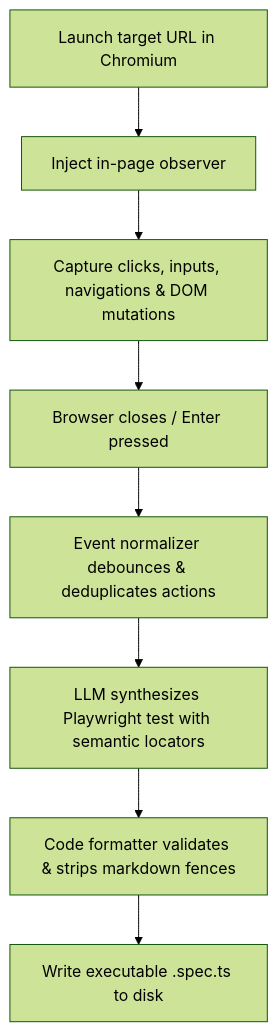
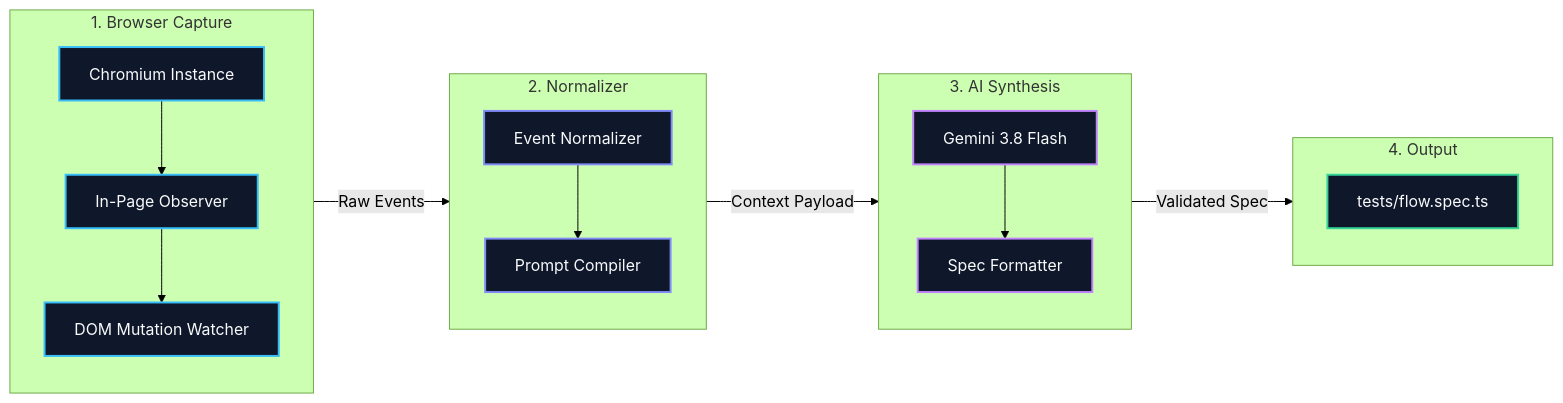
The diagram in README.md (fiizam/clickspec), drawn with Mermaid (forest theme) before and after one commit.

Commit message:
docs: redesign How It Works diagram into modern horizontal multi-stage flowchart

````diff
--- a/README.md
+++ b/README.md
@@ -151,10 +151,37 @@
 ```mermaid
-flowchart TD
-    A["Launch target URL in Chromium"] --> B["Inject in-page observer"]
-    B --> C["Capture clicks, inputs, navigations & DOM mutations"]
-    C --> D["Browser closes / Enter pressed"]
-    D --> E["Event normalizer debounces & deduplicates actions"]
-    E --> F["LLM synthesizes Playwright test with semantic locators"]
-    F --> G["Code formatter validates & strips markdown fences"]
-    G --> H["Write executable .spec.ts to disk"]
+flowchart LR
+    subgraph S1 ["1. Browser Capture"]
+        direction TB
+        A["Chromium Instance"] --> B["In-Page Observer"]
+        B --> C["DOM Mutation Watcher"]
+    end
+
+    subgraph S2 ["2. Normalizer"]
+        direction TB
+        D["Event Normalizer"] --> E["Prompt Compiler"]
+    end
+
+    subgraph S3 ["3. AI Synthesis"]
+        direction TB
+        F["Gemini 3.8 Flash"] --> G["Spec Formatter"]
+    end
+
+    subgraph S4 ["4. Output"]
+        direction TB
+        H["tests/flow.spec.ts"]
+    end
+
+    C -->|"Raw Events"| D
+    E -->|"Context Payload"| F
+    G -->|"Validated Spec"| H
+
+    classDef s1 fill:#0f172a,stroke:#38bdf8,stroke-width:2px,color:#f8fafc;
+    classDef s2 fill:#0f172a,stroke:#818cf8,stroke-width:2px,color:#f8fafc;
+    classDef s3 fill:#0f172a,stroke:#c084fc,stroke-width:2px,color:#f8fafc;
+    classDef s4 fill:#0f172a,stroke:#34d399,stroke-width:2px,color:#f8fafc;
+
+    class A,B,C s1;
+    class D,E s2;
+    class F,G s3;
+    class H s4;
 ```
````
